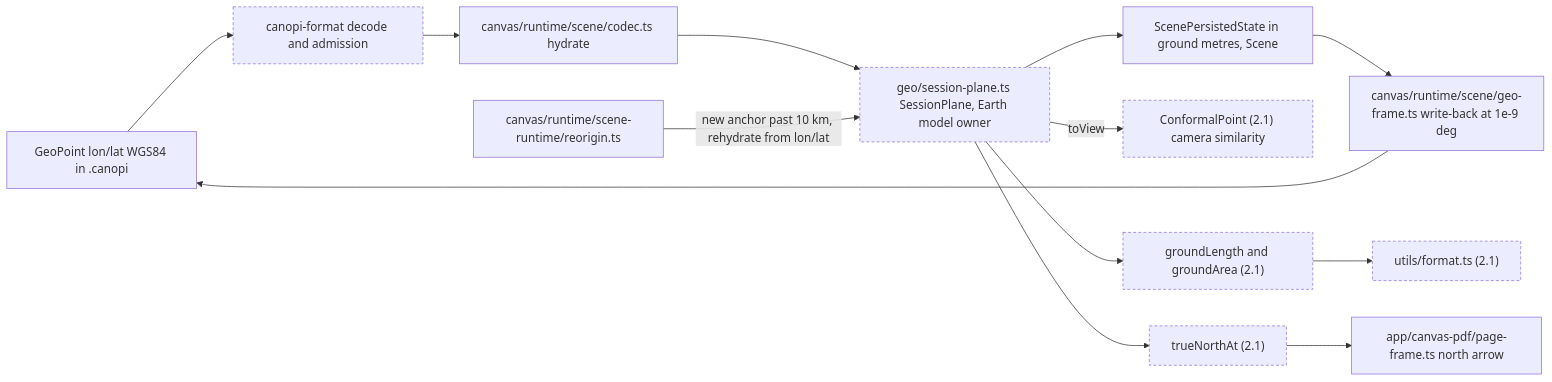
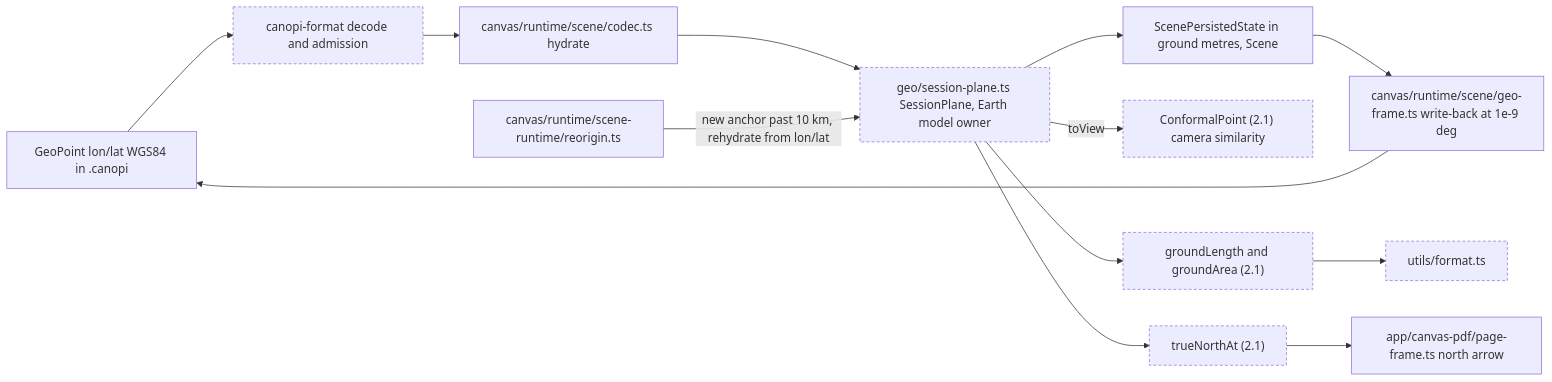
One commit to opencanopi/canopi changed the second of 5 diagrams in docs/architecture/data-design.md. Above: the diagram before and after it, drawn with Mermaid. The commit also changed 191 other files, not shown here.

````diff
--- a/docs/architecture/data-design.md
+++ b/docs/architecture/data-design.md
@@ -110,23 +110,23 @@
 ```mermaid
 flowchart LR
   file["GeoPoint lon/lat WGS84 in .canopi"]
   core["canopi-format decode and admission"]
   codec["canvas/runtime/scene/codec.ts hydrate"]
   plane["geo/session-plane.ts SessionPlane, Earth model owner"]
   scene["ScenePersistedState in ground metres, Scene"]
   frame["canvas/runtime/scene/geo-frame.ts write-back at 1e-9 deg"]
   view["ConformalPoint (2.1) camera similarity"]
   measure["groundLength and groundArea (2.1)"]
-  fmt["utils/format.ts (2.1)"]
+  fmt["utils/format.ts"]
   north["trueNorthAt (2.1)"]
   pdf["app/canvas-pdf/page-frame.ts north arrow"]
   reorigin["canvas/runtime/scene-runtime/reorigin.ts"]
   file --> core --> codec --> plane --> scene
   scene --> frame --> file
   plane -->|toView| view
   plane --> measure --> fmt
   plane --> north --> pdf
   reorigin -->|new anchor past 10 km, rehydrate from lon/lat| plane
   classDef target stroke-dasharray: 4 3
   class core,plane,view,measure,fmt,north target
 ```
````
